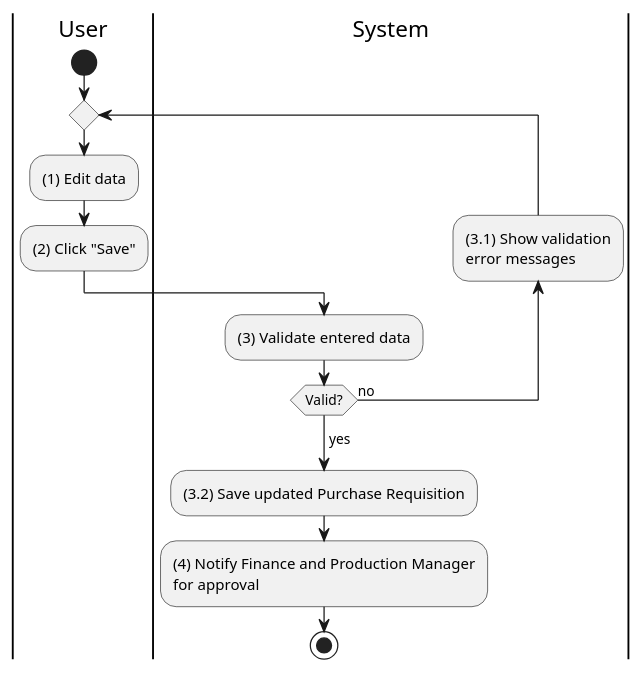
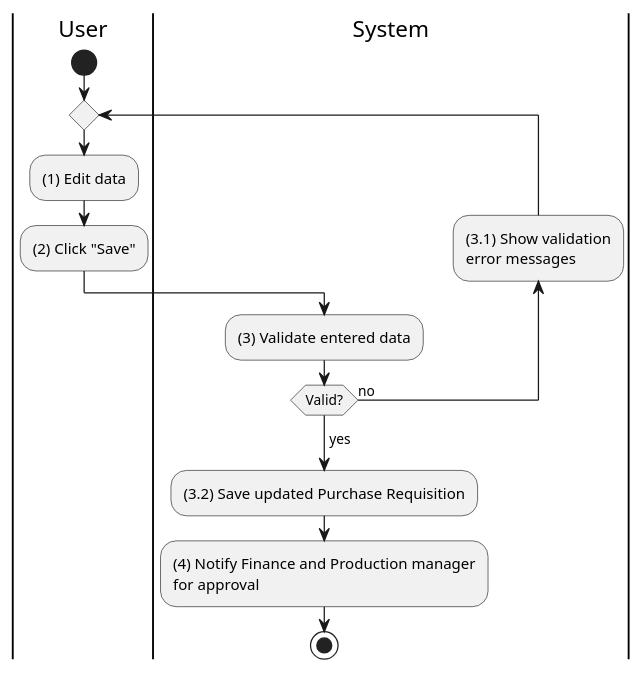
Before and after one commit to phihungha/scmss-reqs: the diagram in activities/purchase-requisition-update.plantuml, drawn with PlantUML. The commit also changed 14 other files, not shown here.

Commit message:
Finish sequence diagrams for purchase orders and requisitions

```diff
--- a/activities/purchase-requisition-update.plantuml
+++ b/activities/purchase-requisition-update.plantuml
@@ -1,21 +1,21 @@
 @startuml purchase-requisition-update
 |u|User
 |s|System
 
 |u|
 start
 repeat
     :(1) Edit data;
     :(2) Click "Save";
 
     |s|
     :(3) Validate entered data;
     backward:(3.1) Show validation
     error messages;
 repeat while (Valid?) is (no)
 ->yes;
 :(3.2) Save updated Purchase Requisition;
-:(4) Notify Finance and Production Manager
+:(4) Notify Finance and Production manager
 for approval;
 stop
 @enduml
```
